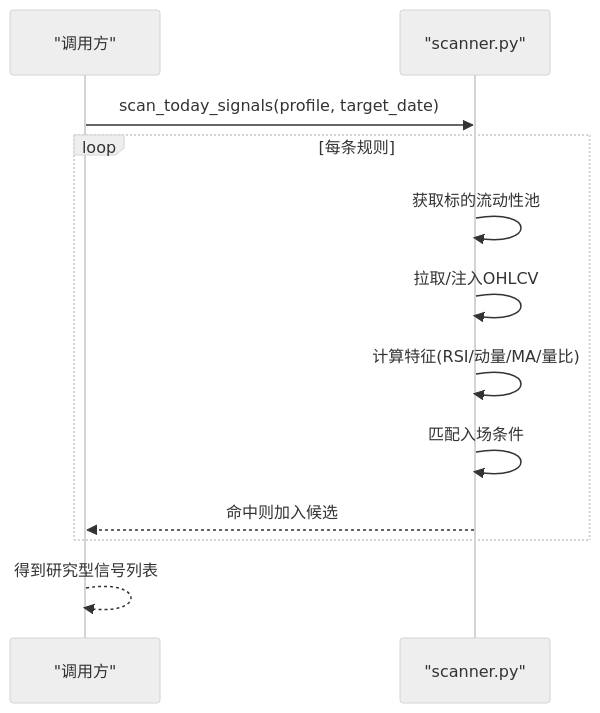
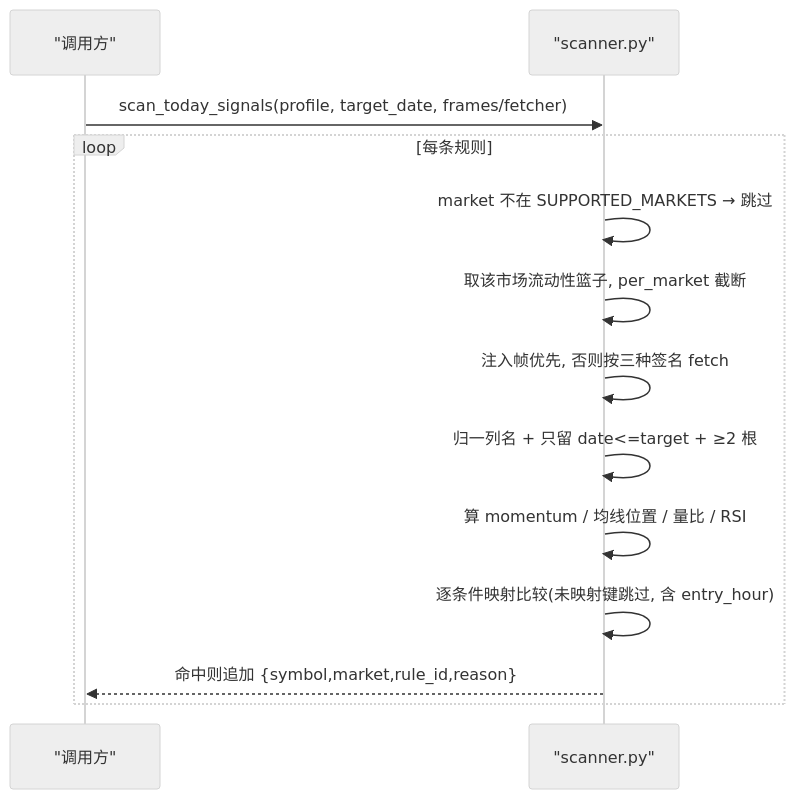
The sixth of 7 diagrams in repowiki/topics/安全与治理/影子账户.md (hjfire/vibe-trading-fw), drawn with Mermaid (neutral theme) before and after one commit. The commit also changed other lines of this file and 5 other files, not shown here.

````diff
--- a/repowiki/topics/安全与治理/影子账户.md
+++ b/repowiki/topics/安全与治理/影子账户.md
@@ -218,14 +296,15 @@
 ```mermaid
 sequenceDiagram
 participant U as "调用方"
 participant SC as "scanner.py"
-U->>SC : scan_today_signals(profile, target_date)
+U->>SC : scan_today_signals(profile, target_date, frames/fetcher)
 loop 每条规则
-SC->>SC : 获取标的流动性池
-SC->>SC : 拉取/注入OHLCV
-SC->>SC : 计算特征(RSI/动量/MA/量比)
-SC->>SC : 匹配入场条件
-SC-->>U : 命中则加入候选
+SC->>SC : market 不在 SUPPORTED_MARKETS → 跳过
+SC->>SC : 取该市场流动性篮子, per_market 截断
+SC->>SC : 注入帧优先, 否则按三种签名 fetch
+SC->>SC : 归一列名 + 只留 date<=target + ≥2 根
+SC->>SC : 算 momentum / 均线位置 / 量比 / RSI
+SC->>SC : 逐条件映射比较(未映射键跳过, 含 entry_hour)
+SC-->>U : 命中则追加 {symbol,market,rule_id,reason}
 end
-U-->>U : 得到研究型信号列表
 ```
````
